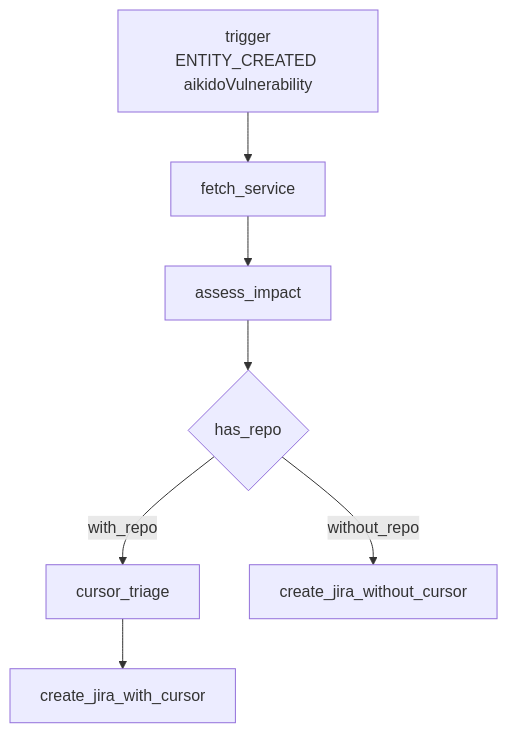
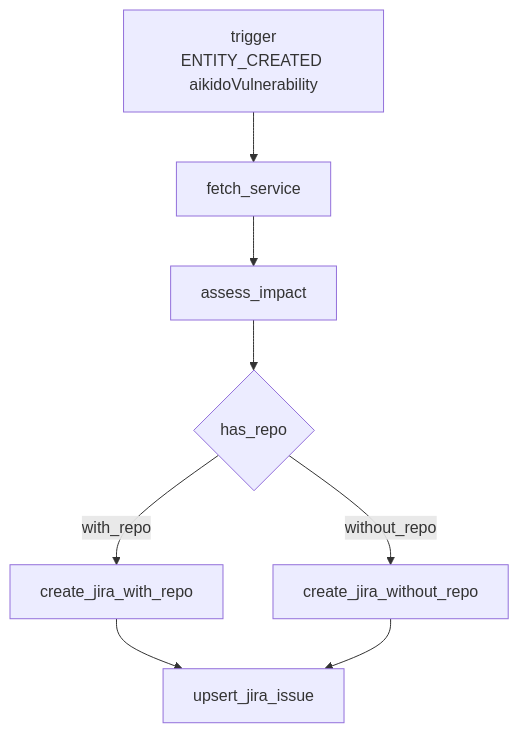
One commit to port-experimental/port-out-of-the-box changed the first of 3 diagrams in examples/terraform/modules/terraform-sdlc-agentic-bugfix-root-module/README.md. Above: the diagram before and after it, drawn with Mermaid. The commit also changed other lines of this file and 2 other files, not shown here.

Commit message:
Stop Aikido path from opening Cursor PRs so only jira_sd autofix opens one.

````diff
--- a/examples/terraform/modules/terraform-sdlc-agentic-bugfix-root-module/README.md
+++ b/examples/terraform/modules/terraform-sdlc-agentic-bugfix-root-module/README.md
@@ -62,14 +64,14 @@
 ```mermaid
 flowchart TD
   trigger[trigger<br/>ENTITY_CREATED aikidoVulnerability]
   fetch_service[fetch_service]
   assess_impact[assess_impact]
   has_repo{has_repo}
-  cursor_triage[cursor_triage]
-  create_jira_with_cursor[create_jira_with_cursor]
-  create_jira_without_cursor[create_jira_without_cursor]
+  create_jira_with_repo[create_jira_with_repo]
+  create_jira_without_repo[create_jira_without_repo]
+  upsert_jira_issue[upsert_jira_issue]
 
   trigger --> fetch_service --> assess_impact --> has_repo
-  has_repo -->|with_repo| cursor_triage --> create_jira_with_cursor
-  has_repo -->|without_repo| create_jira_without_cursor
+  has_repo -->|with_repo| create_jira_with_repo --> upsert_jira_issue
+  has_repo -->|without_repo| create_jira_without_repo --> upsert_jira_issue
 ```
````
